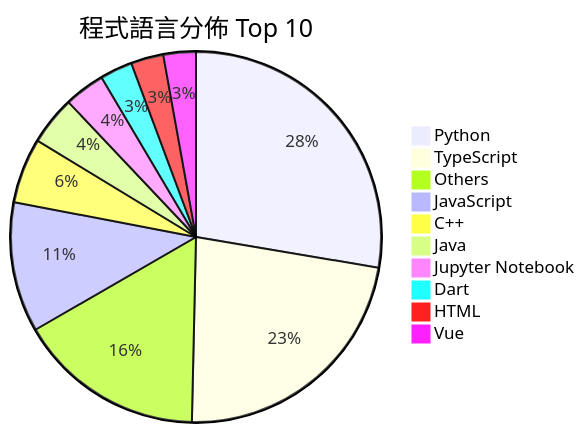
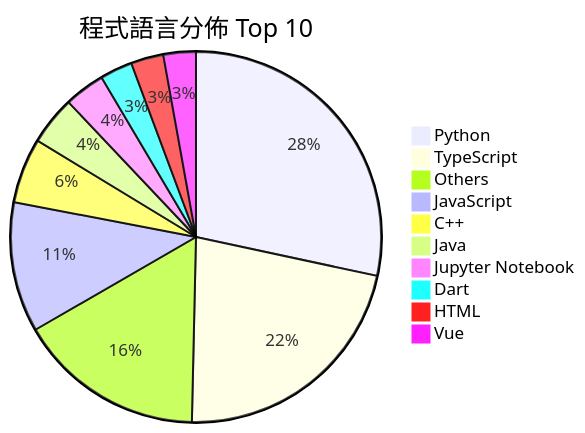
One commit to Andy87877/GitHub-Star-Manager changed the second of 2 diagrams in README.md. Above: the diagram before and after it, drawn with Mermaid. The commit also changed other lines of this file and 3 other files, not shown here.

````diff
--- a/README.md
+++ b/README.md
@@ -27,13 +27,13 @@
 ```mermaid
 pie title 程式語言分佈 Top 10
-    "Python" : 39
-    "TypeScript" : 32
+    "Python" : 40
+    "TypeScript" : 31
     "Others" : 23
     "JavaScript" : 16
     "C++" : 8
     "Java" : 6
     "Jupyter Notebook" : 5
     "Dart" : 4
     "HTML" : 4
     "Vue" : 4
 ```
````
